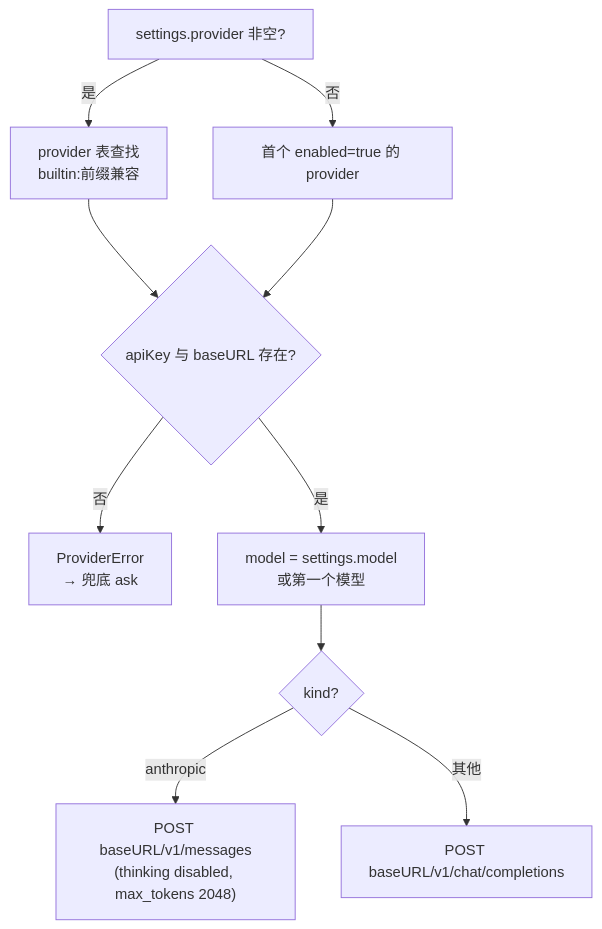
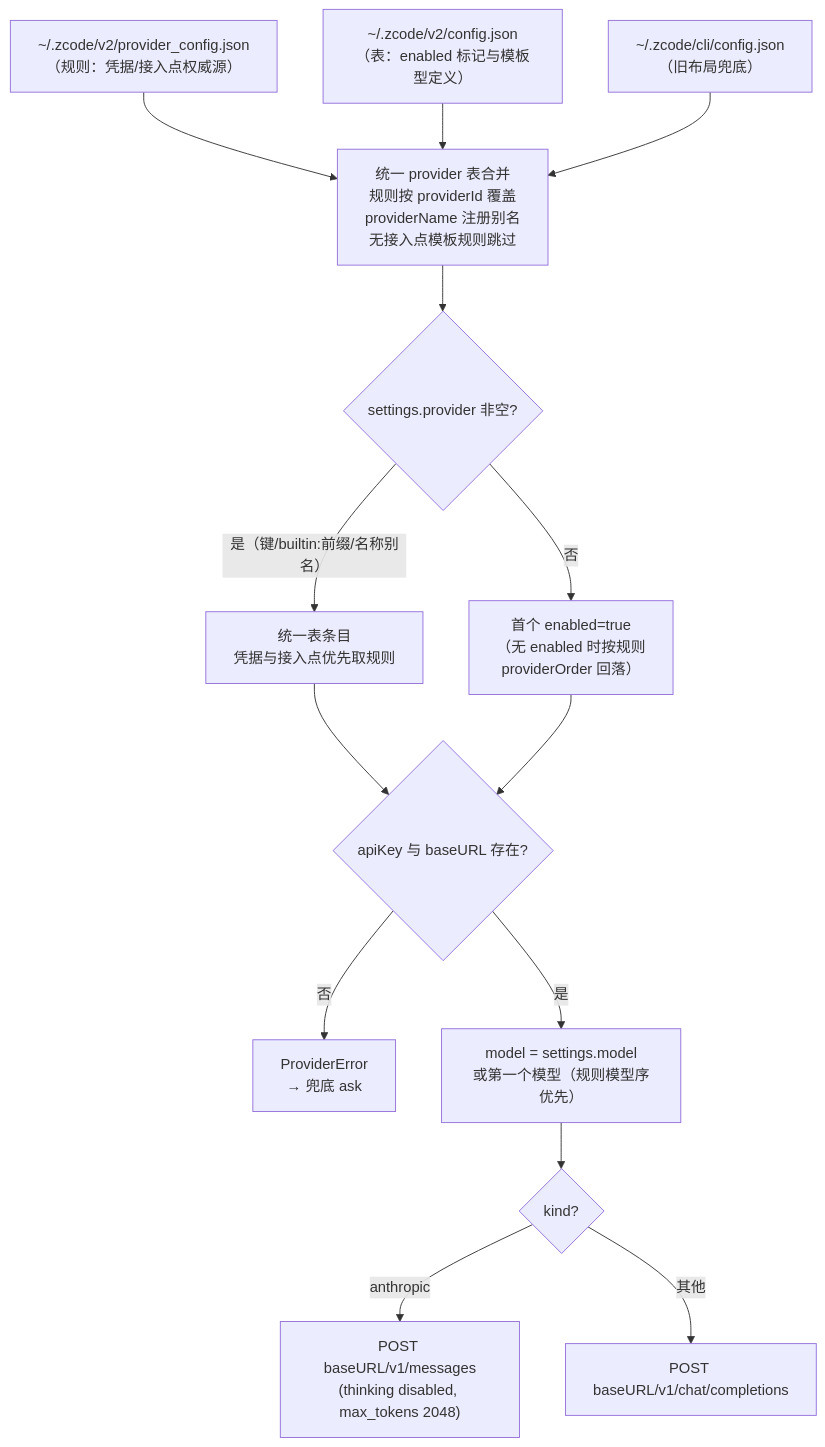
One commit to zrny1/Auto-Review-For-Zcode changed the third of 3 diagrams in docs/project_wiki/02_开发文档/模块运行流程图.md. Above: the diagram before and after it, drawn with Mermaid. The commit also changed other lines of this file and 6 other files, not shown here.

````diff
--- a/docs/project_wiki/02_开发文档/模块运行流程图.md
+++ b/docs/project_wiki/02_开发文档/模块运行流程图.md
@@ -68,12 +70,16 @@
 ```mermaid
 flowchart TD
-    A[settings.provider 非空?] -- 是 --> B["provider 表查找<br/>builtin:前缀兼容"]
-    A -- 否 --> C[首个 enabled=true 的 provider]
-    B --> D{apiKey 与 baseURL 存在?}
-    C --> D
-    D -- 否 --> E[ProviderError<br/>→ 兜底 ask]
-    D -- 是 --> F[model = settings.model<br/>或第一个模型]
-    F --> G{kind?}
+    A1["~/.zcode/v2/provider_config.json<br/>（规则：凭据/接入点权威源）"] --> M[统一 provider 表合并<br/>规则按 providerId 覆盖<br/>providerName 注册别名<br/>无接入点模板规则跳过]
+    A2["~/.zcode/v2/config.json<br/>（表：enabled 标记与模板型定义）"] --> M
+    A3["~/.zcode/cli/config.json<br/>（旧布局兜底）"] --> M
+    M --> B{settings.provider 非空?}
+    B -- "是（键/builtin:前缀/名称别名）" --> C["统一表条目<br/>凭据与接入点优先取规则"]
+    B -- 否 --> D[首个 enabled=true<br/>（无 enabled 时按规则<br/>providerOrder 回落）]
+    C --> E{apiKey 与 baseURL 存在?}
+    D --> E
+    E -- 否 --> X[ProviderError<br/>→ 兜底 ask]
+    E -- 是 --> F2[model = settings.model<br/>或第一个模型（规则模型序优先）]
+    F2 --> G{kind?}
     G -- anthropic --> H["POST baseURL/v1/messages<br/>(thinking disabled, max_tokens 2048)"]
     G -- 其他 --> I[POST baseURL/v1/chat/completions]
 ```
````
